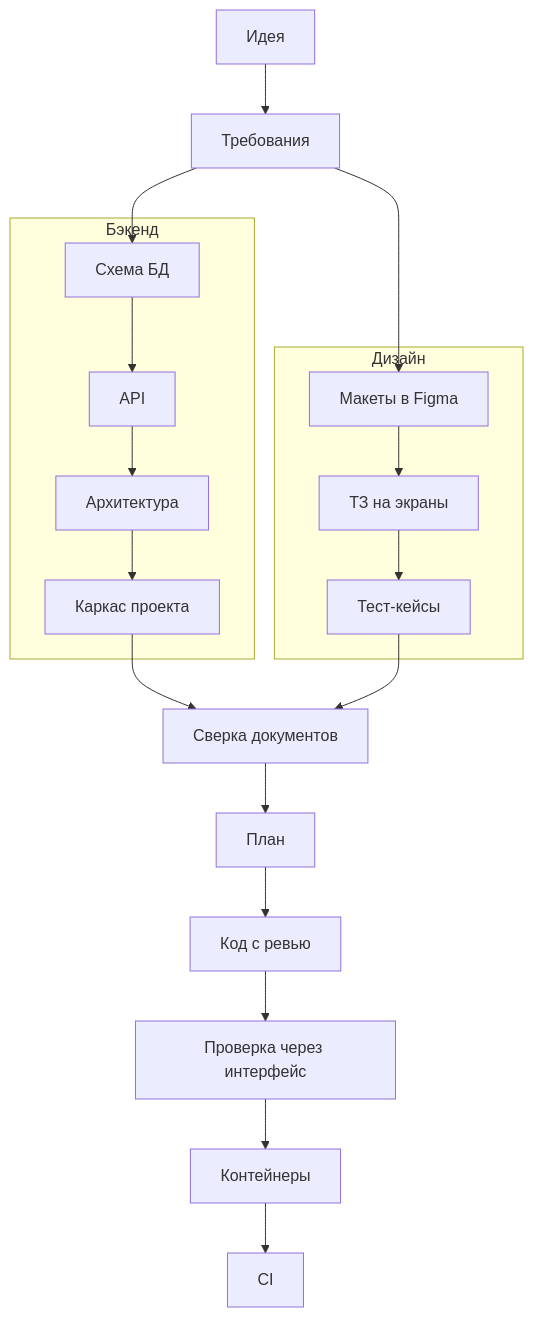
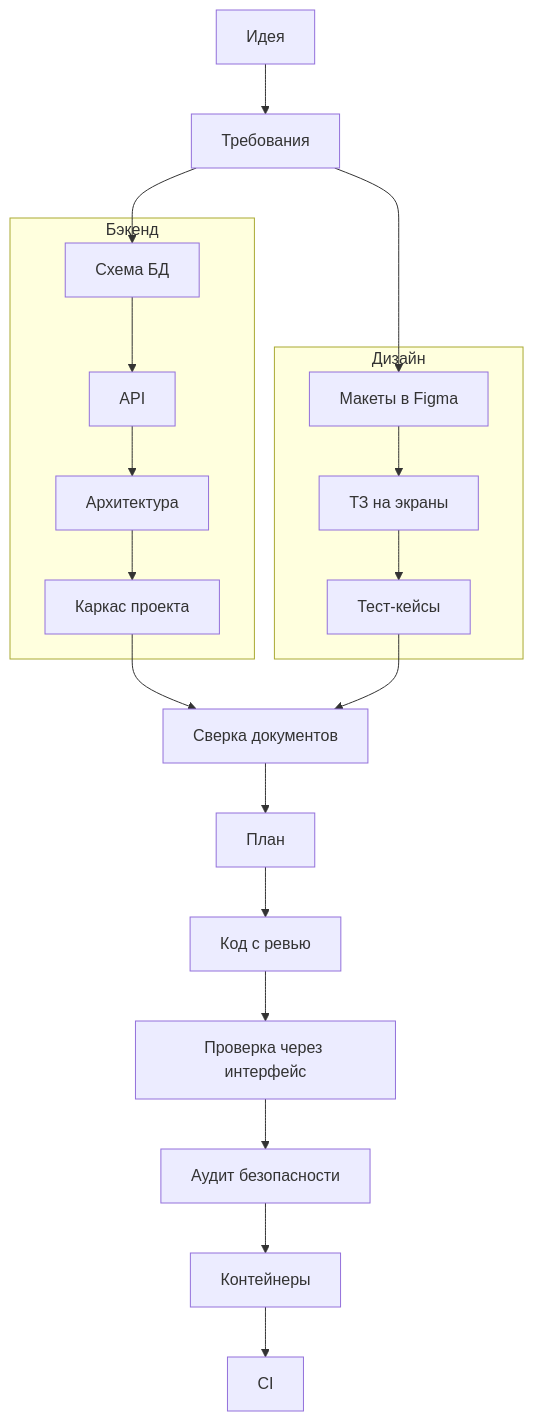
One commit to Idontlikedrinkpivo/web-dev-pipeline-claude-plugin changed the diagram in README.md. Above: the diagram before and after it, drawn with Mermaid. The commit also changed other lines of this file and 14 other files, not shown here.

````diff
--- a/README.md
+++ b/README.md
@@ -469,15 +469,15 @@
 ```mermaid
 flowchart TD
     A[Идея] --> B[Требования]
     subgraph backend [Бэкенд]
         C[Схема БД] --> D[API] --> E[Архитектура] --> F[Каркас проекта]
     end
     subgraph design [Дизайн]
         G[Макеты в Figma] --> H[ТЗ на экраны] --> I[Тест-кейсы]
     end
     B --> C
     B --> G
     F --> J[Сверка документов]
     I --> J
-    J --> K[План] --> L[Код с ревью] --> M[Проверка через интерфейс] --> N[Контейнеры] --> O[CI]
+    J --> K[План] --> L[Код с ревью] --> M[Проверка через интерфейс] --> S[Аудит безопасности] --> N[Контейнеры] --> O[CI]
 ```
````
